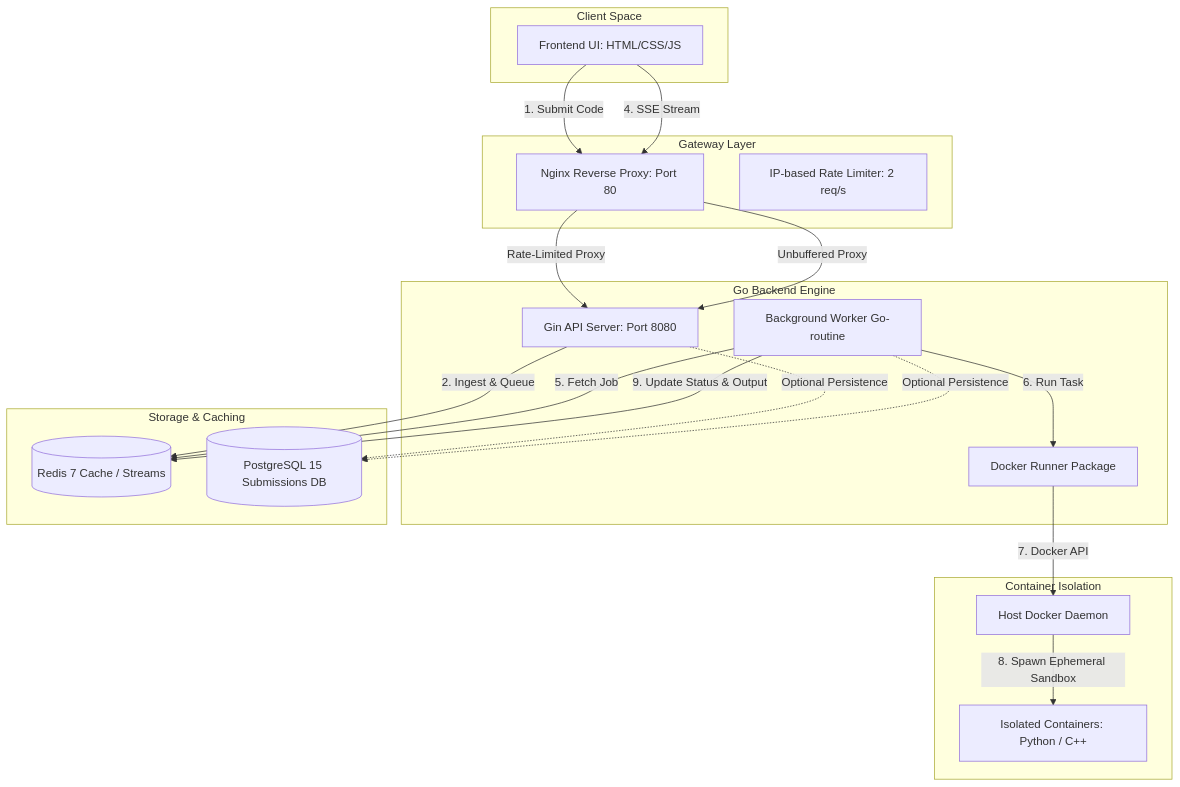
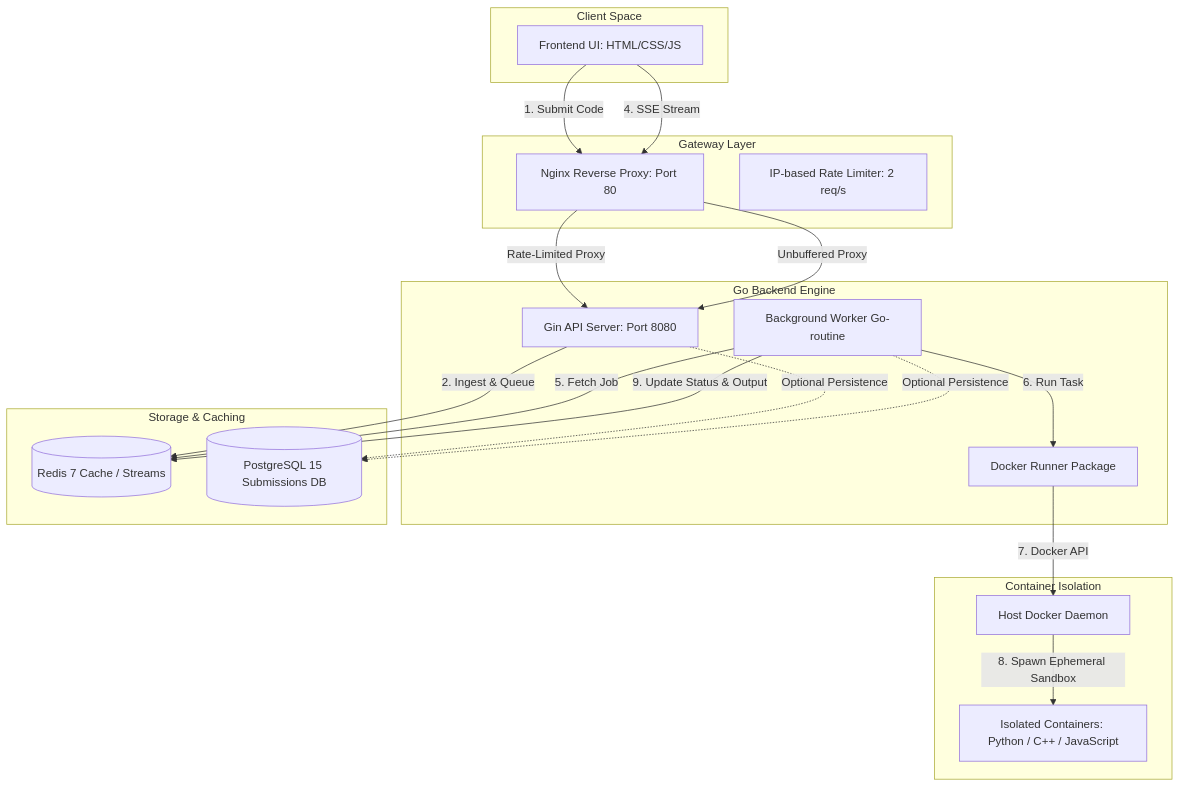
One commit to Soham-Donode/code-engine-v1 changed the first of 2 diagrams in README.md. Above: the diagram before and after it, drawn with Mermaid. The commit also changed other lines of this file and 4 other files, not shown here.

````diff
--- a/README.md
+++ b/README.md
@@ -177,43 +224,43 @@
 ```mermaid
 graph TD
     subgraph Client [Client Space]
         FE[Frontend UI: HTML/CSS/JS]
     end
 
     subgraph Gateway [Gateway Layer]
         NG[Nginx Reverse Proxy: Port 80]
         RL[IP-based Rate Limiter: 2 req/s]
     end
 
     subgraph App [Go Backend Engine]
         API[Gin API Server: Port 8080]
         WK[Background Worker Go-routine]
         RN[Docker Runner Package]
     end
 
     subgraph Storage [Storage & Caching]
         RD[(Redis 7 Cache / Streams)]
         PG[(PostgreSQL 15 Submissions DB)]
     end
 
     subgraph Sandbox [Container Isolation]
         DS[Host Docker Daemon]
-        SB[Isolated Containers: Python / C++]
+        SB[Isolated Containers: Python / C++ / JavaScript]
     end
 
     FE -->|1. Submit Code| NG
     FE -->|4. SSE Stream| NG
     NG -->|Rate-Limited Proxy| API
     NG -->|Unbuffered Proxy| API
 
     API -->|2. Ingest & Queue| RD
     WK -->|5. Fetch Job| RD
     WK -->|6. Run Task| RN
     RN -->|7. Docker API| DS
     DS -->|8. Spawn Ephemeral Sandbox| SB
     WK -->|9. Update Status & Output| RD
     
     %% Storage connections (store.go prepared architecture)
     API -.->|Optional Persistence| PG
     WK -.->|Optional Persistence| PG
 ```
````
